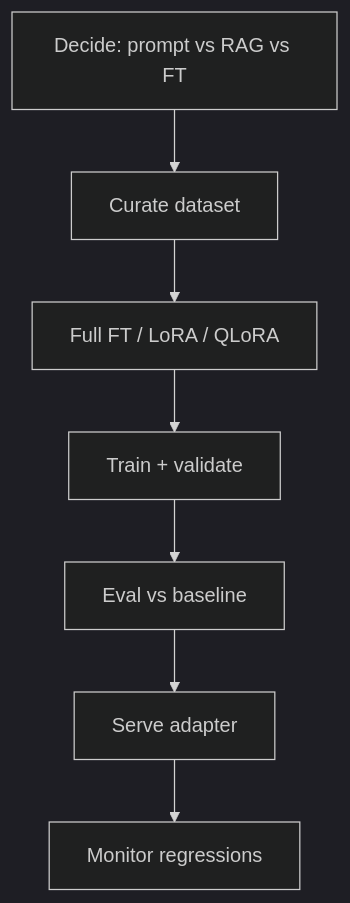
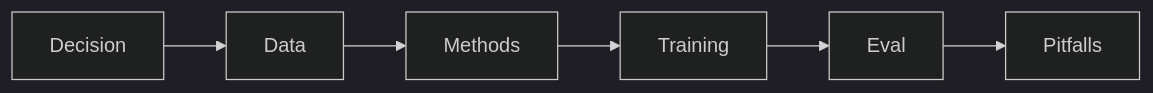
One commit to abdulsamad183/ai-engineering-playbook changed the diagram in domains/llm-fine-tuning/README.md. Above: the diagram before and after it, drawn with Mermaid (dark theme). The commit also changed other lines of this file and 541 other files, not shown here.

````diff
--- a/domains/llm-fine-tuning/README.md
+++ b/domains/llm-fine-tuning/README.md
@@ -18,9 +23,4 @@
 ```mermaid
-flowchart TB
-  Dec[Decide: prompt vs RAG vs FT] --> Data[Curate dataset]
-  Data --> Method[Full FT / LoRA / QLoRA]
-  Method --> Train[Train + validate]
-  Train --> Eval[Eval vs baseline]
-  Eval --> Deploy[Serve adapter]
-  Deploy --> Monitor[Monitor regressions]
+flowchart LR
+  S1[Decision] --> S2[Data] --> S3[Methods] --> S4[Training] --> S5[Eval] --> S6[Pitfalls]
 ```
````
